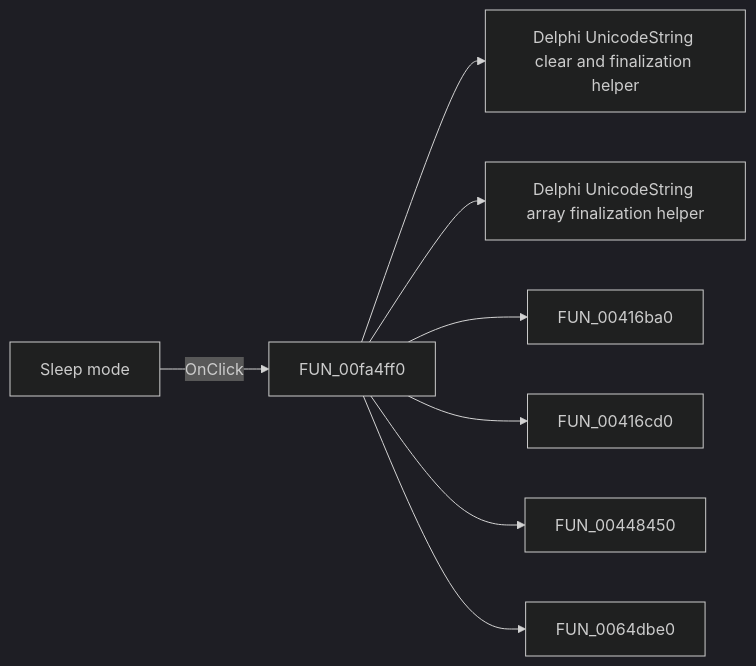
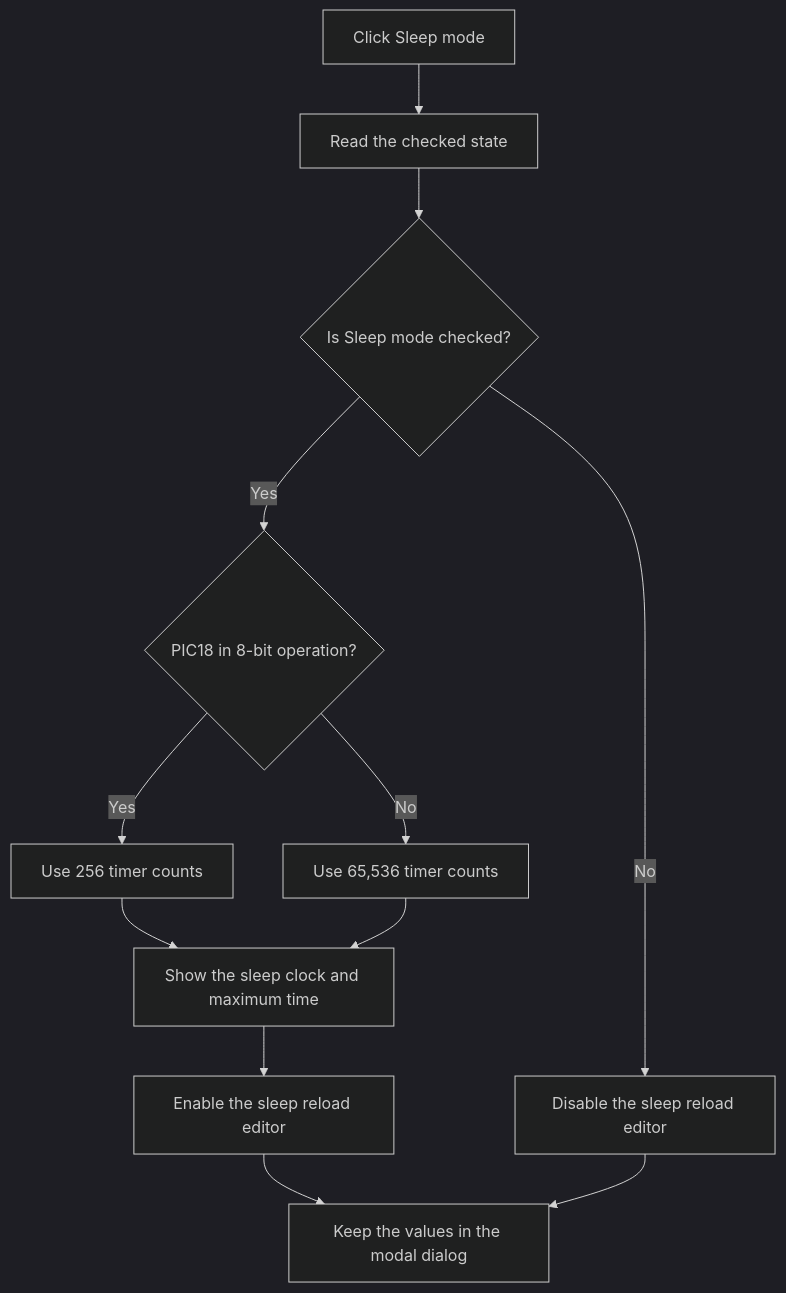
Before and after one commit to MovGP0/TIARA: the diagram in docs/ui-controls/dlgflowchartinterruptpictmr1/cb-sleep-c7a0bbce60.md, drawn with Mermaid (dark theme). The commit also changed other lines of this file and 387 other files, not shown here.

````diff
--- a/docs/ui-controls/dlgflowchartinterruptpictmr1/cb-sleep-c7a0bbce60.md
+++ b/docs/ui-controls/dlgflowchartinterruptpictmr1/cb-sleep-c7a0bbce60.md
@@ -27,10 +35,14 @@
 ```mermaid
-flowchart LR
-    control["Sleep mode"] -->|OnClick| handler["FUN_00fa4ff0"]
-    handler --> call1["Delphi UnicodeString clear and finalization helper"]
-    handler --> call2["Delphi UnicodeString array finalization helper"]
-    handler --> call3["FUN_00416ba0"]
-    handler --> call4["FUN_00416cd0"]
-    handler --> call5["FUN_00448450"]
-    handler --> call6["FUN_0064dbe0"]
+flowchart TD
+    control["Click Sleep mode"] --> handler["Read the checked state"]
+    handler --> checked{"Is Sleep mode checked?"}
+    checked -->|Yes| capacity{"PIC18 in 8-bit operation?"}
+    capacity -->|Yes| count8["Use 256 timer counts"]
+    capacity -->|No| count16["Use 65,536 timer counts"]
+    count8 --> preview["Show the sleep clock and maximum time"]
+    count16 --> preview
+    preview --> enable["Enable the sleep reload editor"]
+    checked -->|No| disable["Disable the sleep reload editor"]
+    enable --> staged["Keep the values in the modal dialog"]
+    disable --> staged
 ```
````
